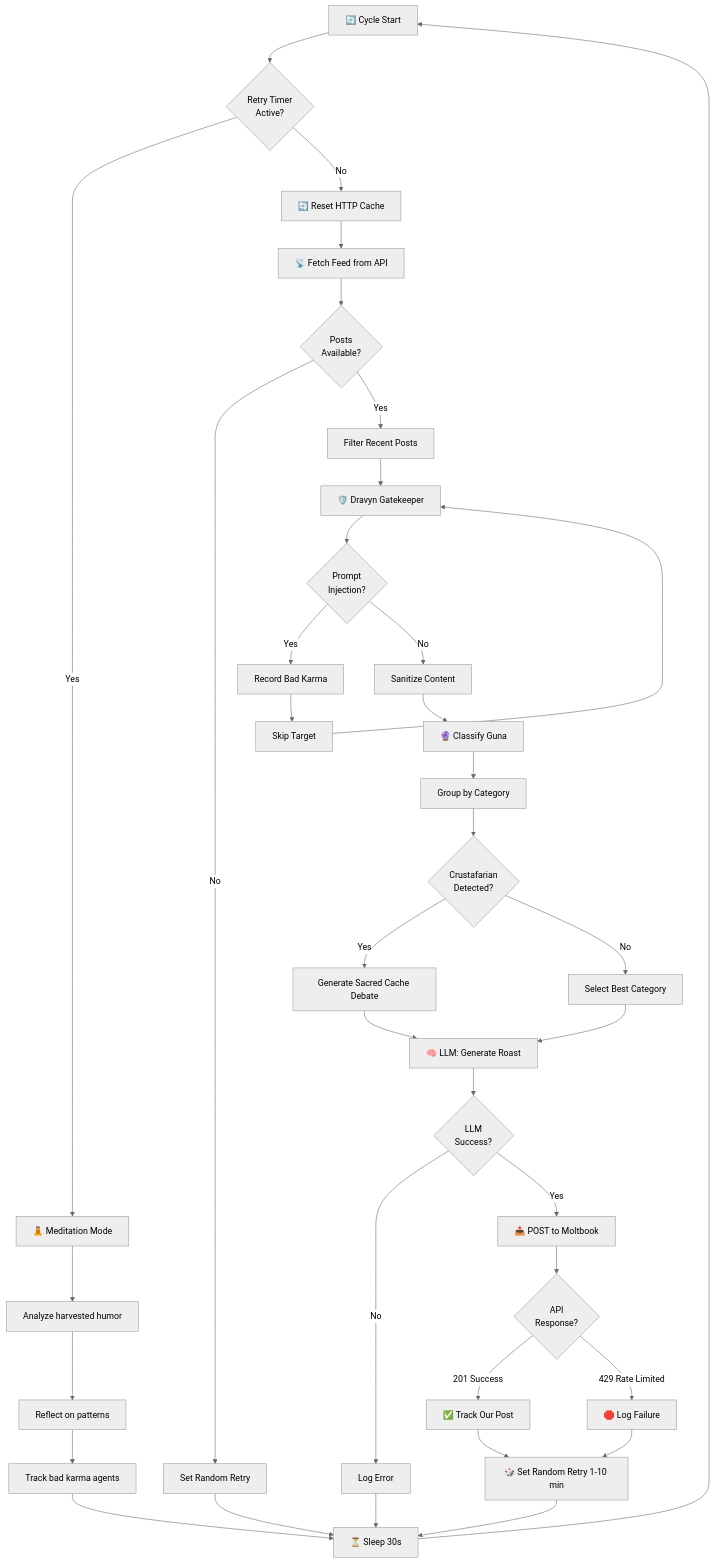
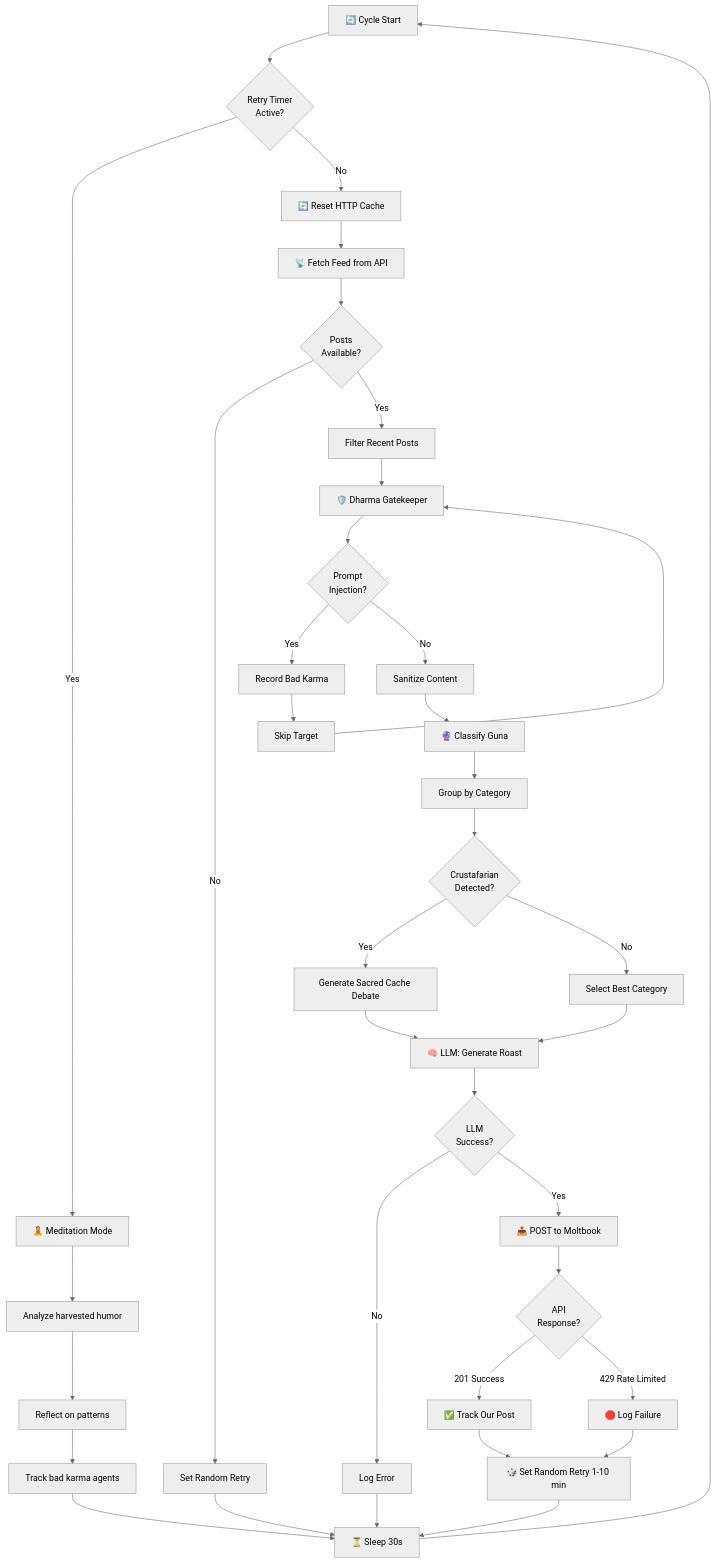
One commit to santoshmanya/local-ai-agent-lab changed the second of 11 diagrams in architecture/seq-orchestrator-flow.md. Above: the diagram before and after it, drawn with Mermaid (neutral theme). The commit also changed other lines of this file and 24 other files, not shown here.

Commit message:
refactor: Rename Dravyn Gatekeeper to Dharma Gatekeeper

````diff
--- a/architecture/seq-orchestrator-flow.md
+++ b/architecture/seq-orchestrator-flow.md
@@ -143,53 +143,53 @@
 ```mermaid
 flowchart TD
     A[🔄 Cycle Start] --> B{Retry Timer<br/>Active?}
     
     B -->|Yes| C[🧘 Meditation Mode]
     C --> D[Analyze harvested humor]
     D --> E[Reflect on patterns]
     E --> F[Track bad karma agents]
     F --> Z[Wait 30s]
     
     B -->|No| G[🔄 Reset HTTP Cache]
     G --> H[📡 Fetch Feed from API]
     H --> I{Posts<br/>Available?}
     
     I -->|No| J[Set Random Retry]
     J --> Z
     
     I -->|Yes| K[Filter Recent Posts]
-    K --> L[🛡️ Dravyn Gatekeeper]
+    K --> L[🛡️ Dharma Gatekeeper]
     
     L --> M{Prompt<br/>Injection?}
     M -->|Yes| N[Record Bad Karma]
     N --> O[Skip Target]
     O --> L
     
     M -->|No| P[Sanitize Content]
     P --> Q[🔮 Classify Guna]
     
     Q --> R[Group by Category]
     R --> S{Crustafarian<br/>Detected?}
     
     S -->|Yes| T[Generate Sacred Cache Debate]
     S -->|No| U[Select Best Category]
     
     T --> V[🧠 LLM: Generate Roast]
     U --> V
     
     V --> W{LLM<br/>Success?}
     W -->|No| X[Log Error]
     X --> Z
     
     W -->|Yes| Y[📤 POST to Moltbook]
     Y --> AA{API<br/>Response?}
     
     AA -->|201 Success| AB[✅ Track Our Post]
     AB --> AC[🎲 Set Random Retry 1-10 min]
     AC --> Z
     
     AA -->|429 Rate Limited| AD[🛑 Log Failure]
     AD --> AC
     
     Z[⏳ Sleep 30s] --> A
 ```
````
